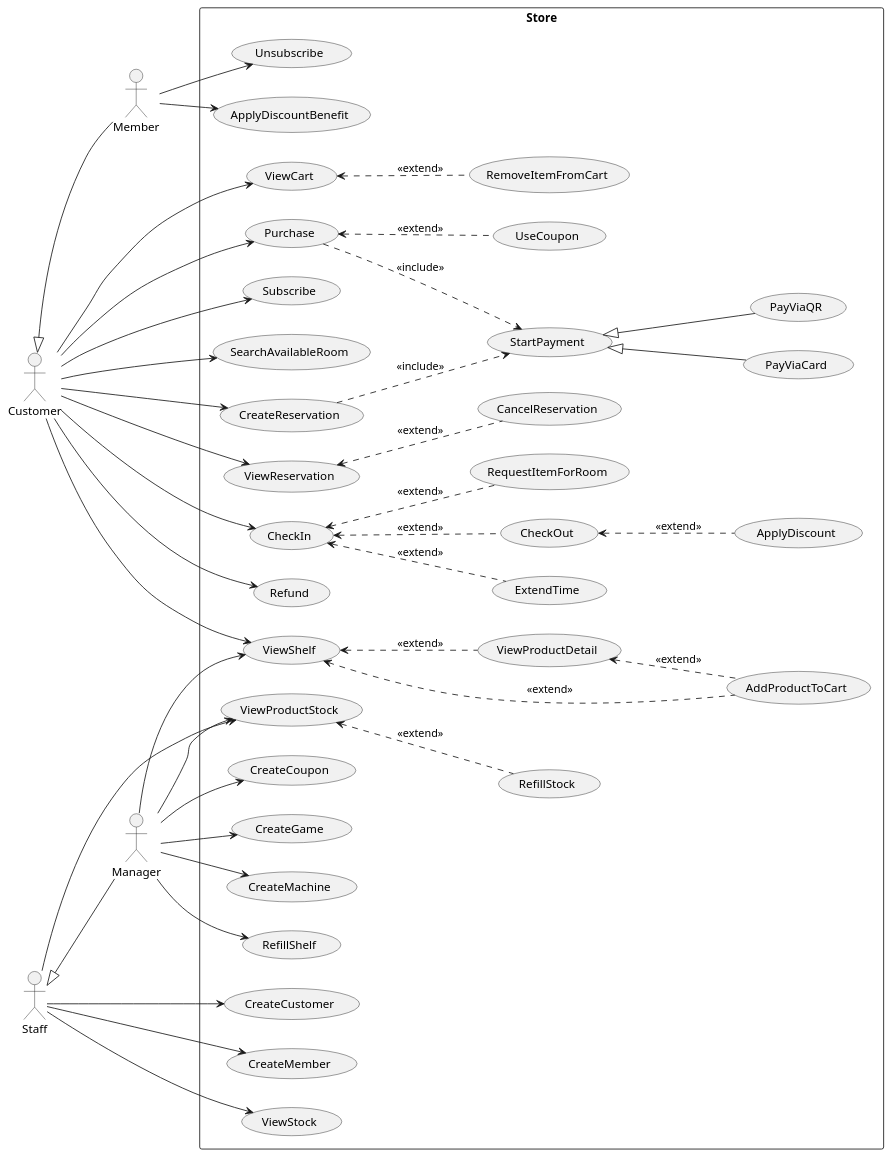
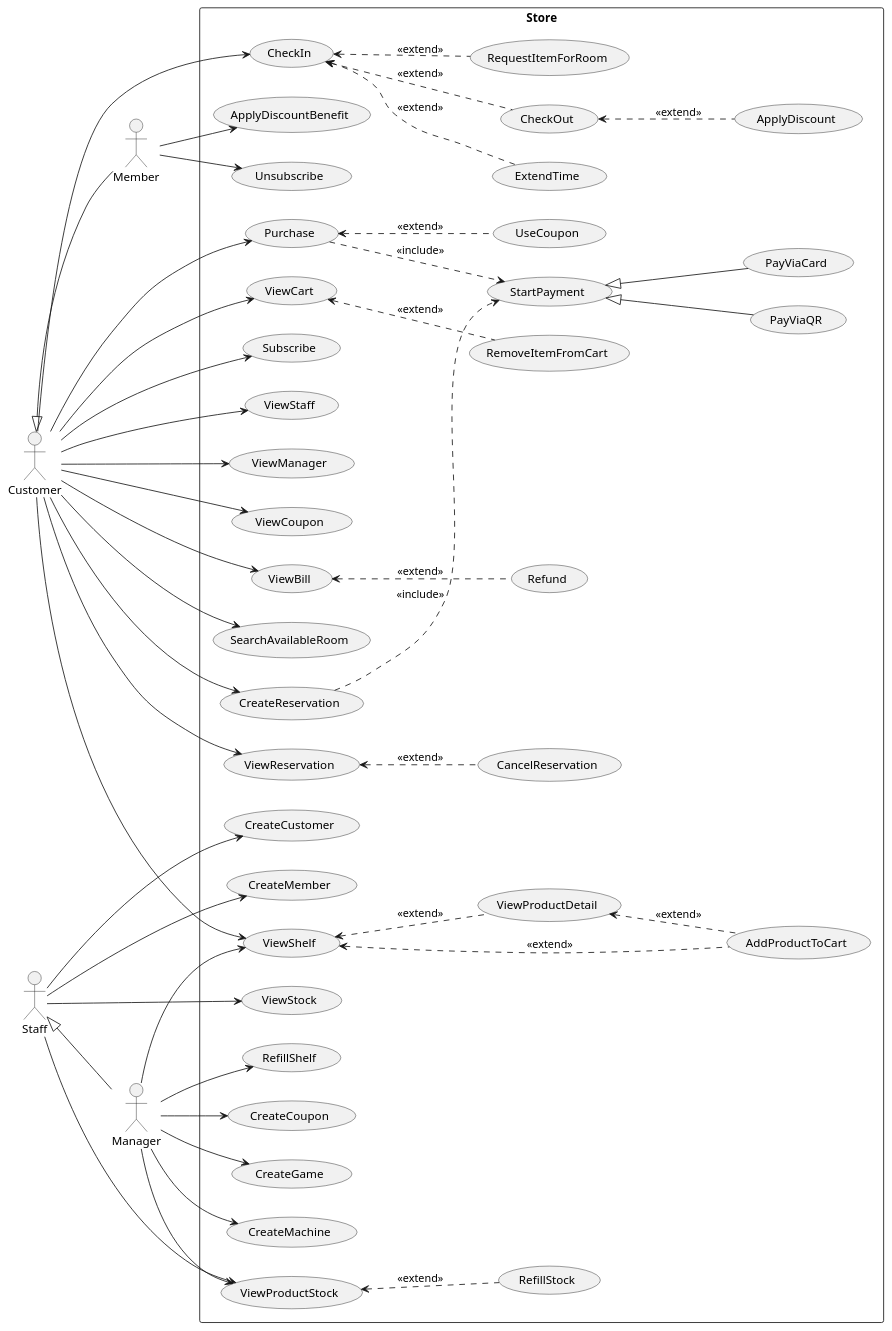
The diagram in UseCaseDiagram/usecase_diagram.puml (WaroonRagwongsiri/OOP_Project), drawn with PlantUML before and after one commit. The commit also changed 3 other files, not shown here.

Commit message:
ViewBill should now be good

```diff
--- a/UseCaseDiagram/usecase_diagram.puml
+++ b/UseCaseDiagram/usecase_diagram.puml
@@ -1,118 +1,127 @@
 @startuml UseCaseDiagram
 left to right direction
 
 ' =========================
 ' Actors (from hierarchy in Class Diagram)
 ' =========================
 actor "Customer" as A_Customer
 actor "Member" as A_Member
 actor "Staff" as A_Staff
 actor "Manager" as A_Manager
 
 A_Customer <|-- A_Member
 A_Staff <|-- A_Manager
 
 rectangle "Store" {
 
 	'Customer'
 	usecase "AddProductToCart" as UC_AddProductToCart
 	usecase "ViewCart" as UC_ViewCart
 	usecase "RemoveItemFromCart" as UC_RemoveItemFromCart
 	usecase "ViewShelf" as UC_ViewShelf
 	usecase "ViewProductDetail" as UC_ViewProductDetail
 	usecase "Purchase" as UC_Purchase
 	usecase "UseCoupon" as UC_UseCoupon
 	usecase "Subscribe" as UC_Subscribe
+	usecase "ViewStaff" as UC_ViewStaff
+	usecase "ViewManager" as UC_ViewManager
+	usecase "ViewCoupon" as UC_ViewCoupon
+	usecase "ViewBill" as UC_ViewBill
 
 	'Payment'
 	usecase "StartPayment" as UC_StartPayment
 	usecase "PayViaCard" as UC_PayViaCard
 	usecase "PayViaQR" as UC_PayViaQR
 
 	'Member'
 	usecase "ApplyDiscountBenefit" as UC_ApplyDiscountBenefit
 	usecase "Unsubscribe" as UC_Unsubscribe
 
 	'Staff'
 	usecase "ApplyDiscount" as UC_ApplyDiscount
 	usecase "CreateCustomer" as UC_CreateCustomer
 	usecase "CreateMember" as UC_CreateMember
 
 	'Manager'
 	usecase "CreateGame" as UC_CreateGame
 	usecase "CreateMachine" as UC_CreateMachine
 	usecase "ViewProductStock" as UC_ViewProductStock
 	usecase "RefillShelf" as UC_RefillShelf
 	usecase "CreateCoupon" as UC_CreateCoupon
 	usecase "RefillStock" as UC_RefillStock
 	usecase "ViewStock" as UC_ViewStock
 
 	'Room Reservation'
 	usecase "SearchAvailableRoom" as UC_SearchAvailableRoom
 	usecase "CreateReservation" as UC_CreateReservation
 	usecase "ViewReservation" as UC_ViewReservation
 	usecase "CancelReservation" as UC_CancelReservation
 	usecase "CheckIn" as UC_CheckIn
 	usecase "ExtendTime" as UC_ExtendTime
 	usecase "CheckOut" as UC_CheckOut
 	usecase "Refund" as UC_Refund
 	usecase "RequestItemForRoom" as UC_RequestItemForRoom
 }
 
 'Customer'
 A_Customer --> UC_ViewCart
 A_Customer --> UC_Purchase
 A_Customer --> UC_Subscribe
 A_Customer --> UC_CheckIn
 A_Customer --> UC_ViewShelf
-A_Customer --> UC_Refund
+A_Customer --> UC_ViewBill
+A_Customer --> UC_ViewStaff
+A_Customer --> UC_ViewManager
+A_Customer --> UC_ViewCoupon
 
 UC_ViewShelf <.. UC_AddProductToCart : <<extend>>
 UC_ViewShelf <.. UC_ViewProductDetail : <<extend>>
+
+UC_ViewBill <.. UC_Refund : <<extend>>
 
 UC_ViewProductDetail <.. UC_AddProductToCart : <<extend>>
 
 UC_ViewCart <.. UC_RemoveItemFromCart : <<extend>>
 
 UC_Purchase <.. UC_UseCoupon : <<extend>>
 UC_Purchase ..> UC_StartPayment : <<include>>
 
 'Payment'
 UC_StartPayment <|-- UC_PayViaCard
 UC_StartPayment <|-- UC_PayViaQR
 
 'Member'
 A_Member --> UC_ApplyDiscountBenefit
 A_Member --> UC_Unsubscribe
 
 'Staff'
 A_Staff --> UC_ViewProductStock
 A_Staff --> UC_CreateCustomer
 A_Staff --> UC_CreateMember
 A_Staff --> UC_ViewStock
 
 UC_CheckIn <.. UC_ExtendTime : <<extend>>
 UC_CheckIn <.. UC_RequestItemForRoom : <<extend>>
 UC_CheckIn <.. UC_CheckOut : <<extend>>
 
 UC_CheckOut <.. UC_ApplyDiscount : <<extend>>
 UC_ViewProductStock <.. UC_RefillStock : <<extend>>
 
 'Manager'
 A_Manager --> UC_CreateCoupon
 A_Manager --> UC_ViewProductStock
 A_Manager --> UC_CreateGame
 A_Manager --> UC_CreateMachine
 A_Manager --> UC_ViewShelf
 A_Manager --> UC_RefillShelf
 
 'Customer / Member Reservation
 A_Customer --> UC_SearchAvailableRoom
 A_Customer --> UC_CreateReservation
 A_Customer --> UC_ViewReservation
 
 UC_ViewReservation <.. UC_CancelReservation : <<extend>>
 
 UC_CreateReservation ..> UC_StartPayment : <<include>>
 
 @enduml
```
